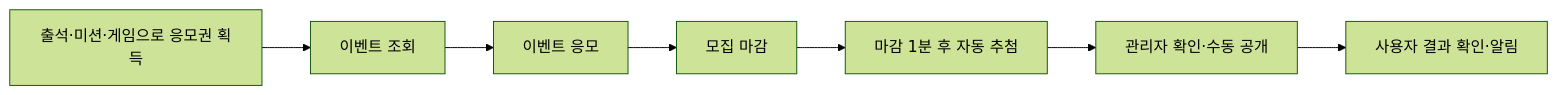
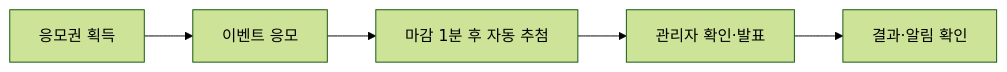
One commit to Uplus-GETDDO/getddo-be changed the first of 2 diagrams in README.md. Above: the diagram before and after it, drawn with Mermaid (forest theme). The commit also changed other lines of this file, not shown here.

````diff
--- a/README.md
+++ b/README.md
@@ -64,9 +38,7 @@
 ```mermaid
 flowchart LR
-    Earn["출석·미션·게임으로 응모권 획득"] --> Browse["이벤트 조회"]
-    Browse --> Enter["이벤트 응모"]
-    Enter --> Close["모집 마감"]
-    Close --> Draw["마감 1분 후 자동 추첨"]
-    Draw --> Review["관리자 확인·수동 공개"]
-    Review --> Result["사용자 결과 확인·알림"]
+    Earn["응모권 획득"] --> Enter["이벤트 응모"]
+    Enter --> Draw["마감 1분 후 자동 추첨"]
+    Draw --> Review["관리자 확인·발표"]
+    Review --> Result["결과·알림 확인"]
 ```
````
